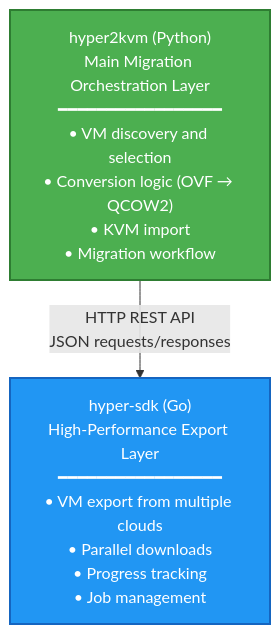
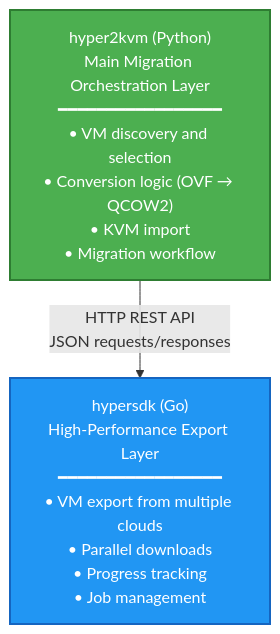
Before and after one commit to ssahani/hypersdk: the diagram in docs/INTEGRATION.md, drawn with Mermaid. The commit also changed other lines of this file and 22 other files, not shown here.

First line of the commit message:
Rename project from hyper-sdk to hypersdk

````diff
--- a/docs/INTEGRATION.md
+++ b/docs/INTEGRATION.md
@@ -7,11 +7,11 @@
 ```mermaid
 graph TB
     Python["hyper2kvm (Python)<br/>Main Migration Orchestration Layer<br/>━━━━━━━━━━━━━━━━━<br/>• VM discovery and selection<br/>• Conversion logic (OVF → QCOW2)<br/>• KVM import<br/>• Migration workflow"]
 
-    Go["hyper-sdk (Go)<br/>High-Performance Export Layer<br/>━━━━━━━━━━━━━━━━━<br/>• VM export from multiple clouds<br/>• Parallel downloads<br/>• Progress tracking<br/>• Job management"]
+    Go["hypersdk (Go)<br/>High-Performance Export Layer<br/>━━━━━━━━━━━━━━━━━<br/>• VM export from multiple clouds<br/>• Parallel downloads<br/>• Progress tracking<br/>• Job management"]
 
     Python -->|"HTTP REST API<br/>JSON requests/responses"| Go
 
     style Python fill:#4CAF50,stroke:#2E7D32,color:#fff,stroke-width:2px
     style Go fill:#2196F3,stroke:#1565C0,color:#fff,stroke-width:2px
 ```
````
